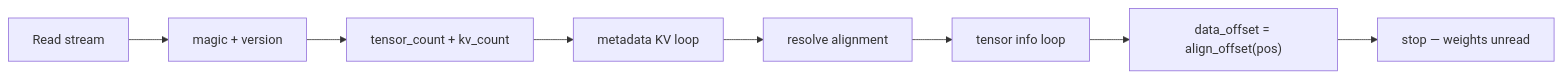
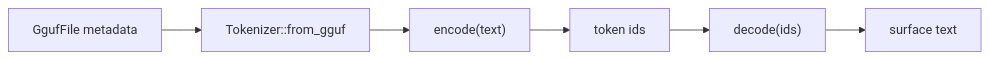
Before and after one commit to 404khai/phalanx: the second of 2 diagrams in docs/architecture.md, drawn with Mermaid. The commit also changed other lines of this file and 20 other files, not shown here.

First line of the commit message:
feat(tokenizer): load GGUF vocabulary and encode/decode text

````diff
--- a/docs/architecture.md
+++ b/docs/architecture.md
@@ -50,10 +49,8 @@
 ```mermaid
 flowchart LR
-    Bytes["Read stream"] --> Magic["magic + version"]
-    Magic --> Counts["tensor_count + kv_count"]
-    Counts --> KV["metadata KV loop"]
-    KV --> Align["resolve alignment"]
-    Align --> TI["tensor info loop"]
-    TI --> Pad["data_offset = align_offset(pos)"]
-    Pad --> Stop["stop — weights unread"]
+    GGUF["GgufFile metadata"] --> Load["Tokenizer::from_gguf"]
+    Load --> Enc["encode(text)"]
+    Enc --> Ids["token ids"]
+    Ids --> Dec["decode(ids)"]
+    Dec --> Text["surface text"]
 ```
````
